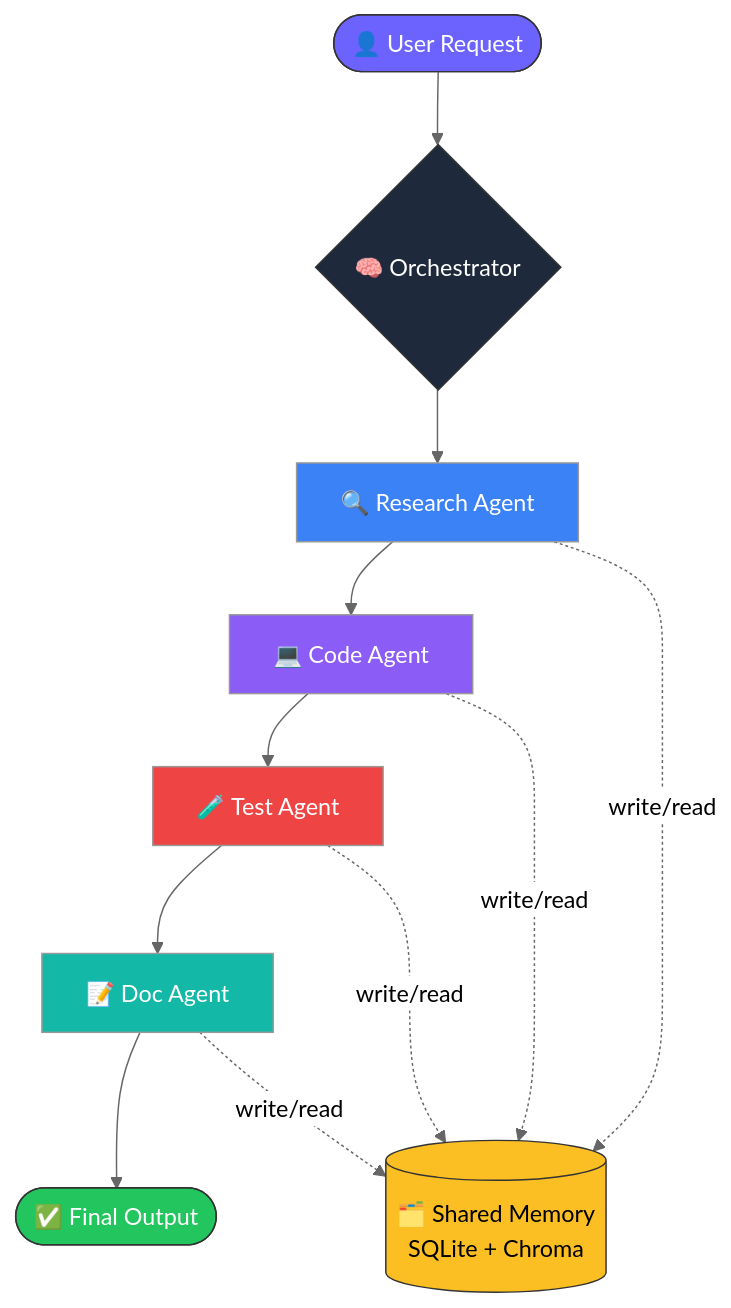
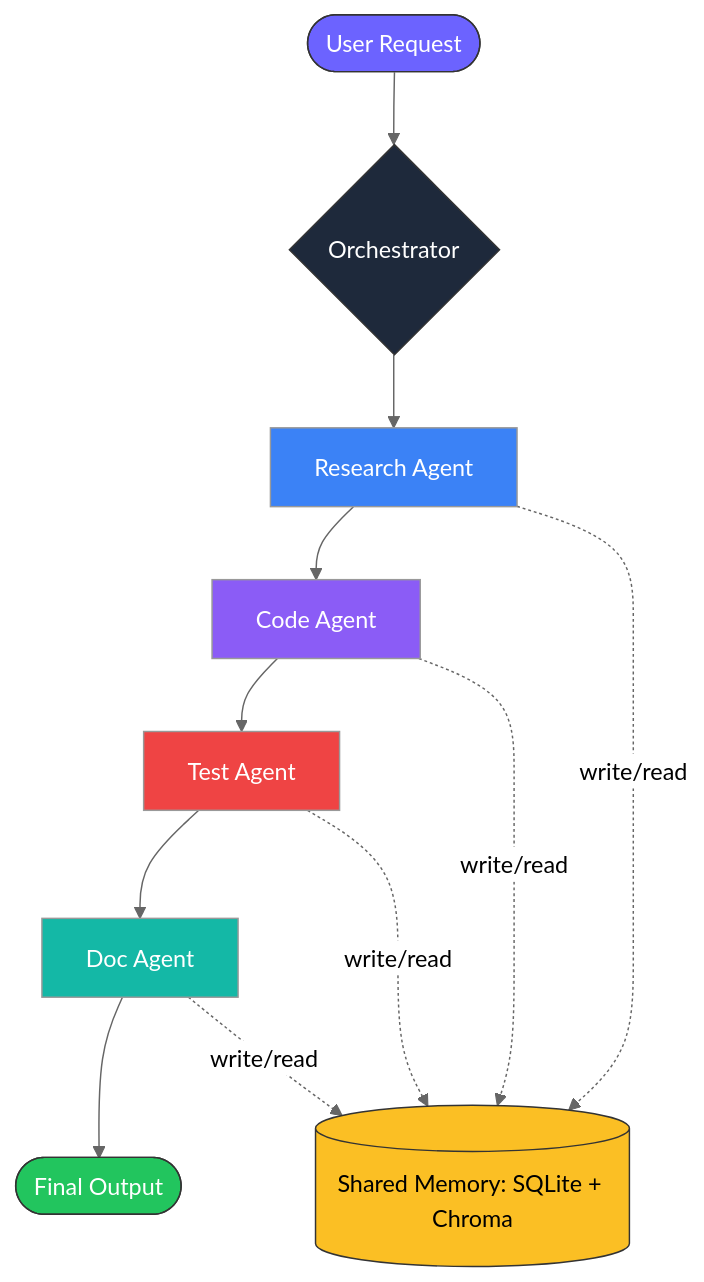
The first of 2 diagrams in README.md (snehasharmaa912-ops/VibeOps), drawn with Mermaid (neutral theme) before and after one commit. The commit also changed other lines of this file, not shown here.

````diff
--- a/README.md
+++ b/README.md
@@ -50,23 +50,23 @@
 ```mermaid
 flowchart TD
-    U([👤 User Request]) --> O{🧠 Orchestrator}
-    O --> R[🔍 Research Agent]
-    R --> C[💻 Code Agent]
-    C --> T[🧪 Test Agent]
-    T --> D[📝 Doc Agent]
-    D --> F([✅ Final Output])
+    U([User Request]) --> O{Orchestrator}
+    O --> R[Research Agent]
+    R --> C[Code Agent]
+    C --> T[Test Agent]
+    T --> D[Doc Agent]
+    D --> F([Final Output])
 
-    R -.write/read.-> M[(🗂️ Shared Memory<br/>SQLite + Chroma)]
-    C -.write/read.-> M
-    T -.write/read.-> M
-    D -.write/read.-> M
+    R -. write/read .-> M[(Shared Memory: SQLite + Chroma)]
+    C -. write/read .-> M
+    T -. write/read .-> M
+    D -. write/read .-> M
 
     style U fill:#6C63FF,color:#fff,stroke:#333
     style F fill:#22C55E,color:#fff,stroke:#333
     style O fill:#1E293B,color:#fff,stroke:#333
     style M fill:#FBBF24,color:#000,stroke:#333
     style R fill:#3B82F6,color:#fff
     style C fill:#8B5CF6,color:#fff
     style T fill:#EF4444,color:#fff
     style D fill:#14B8A6,color:#fff
 ```
````
